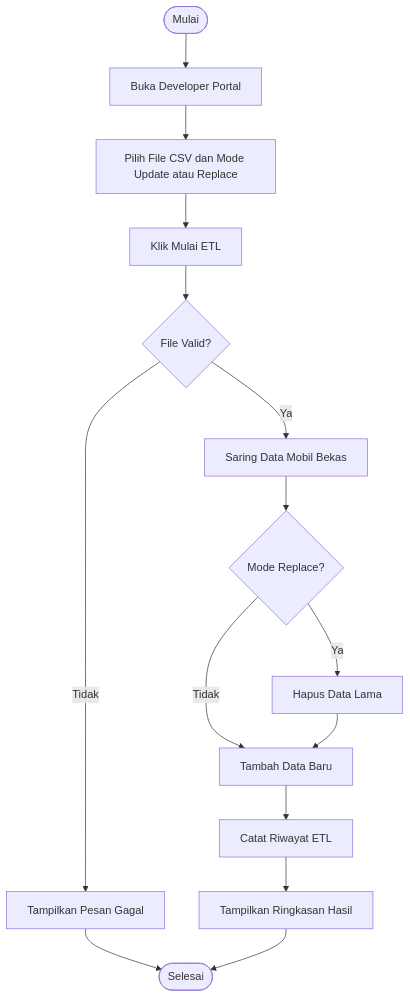
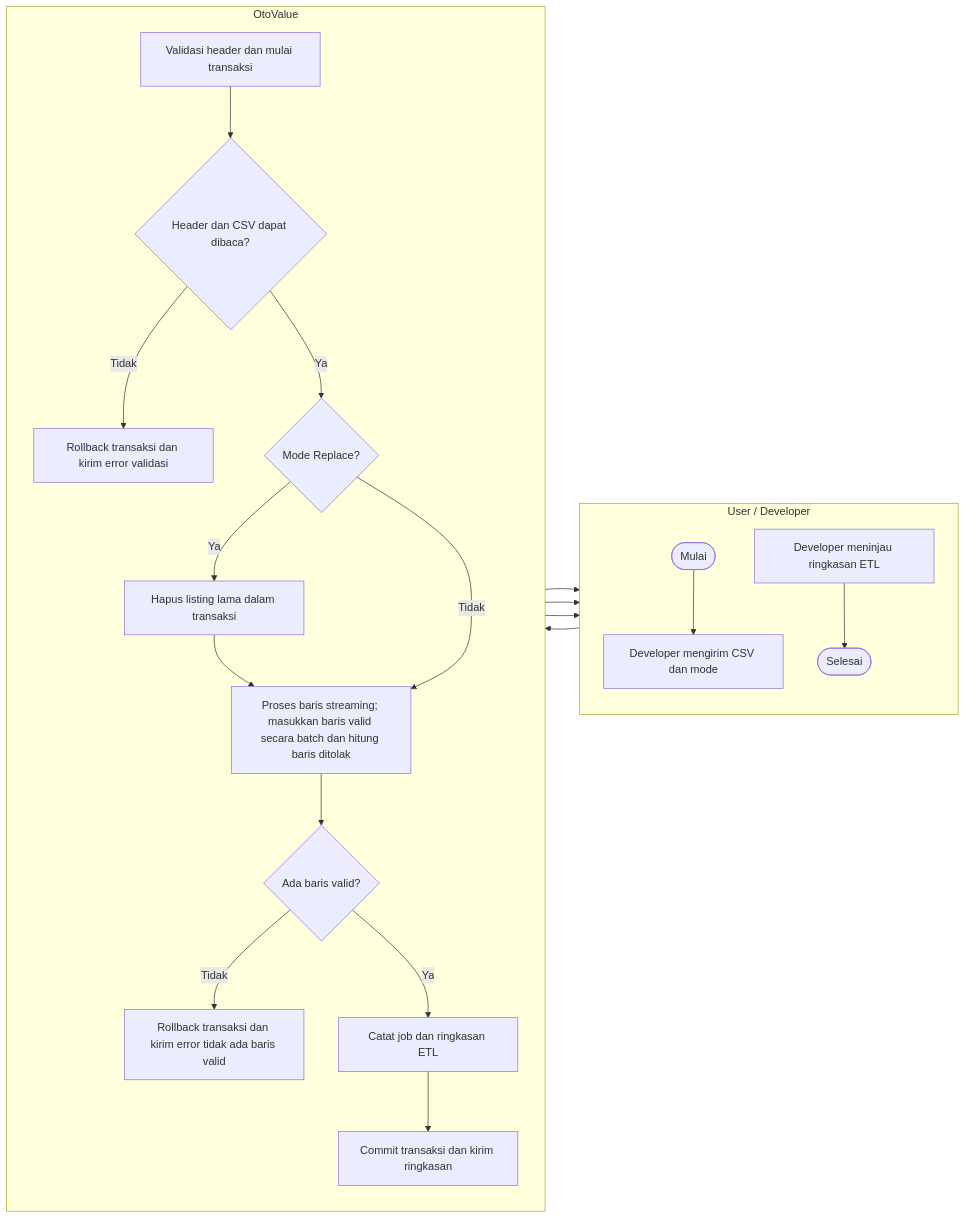
Before and after one commit to RistoKuy/XAI_Car_CP: diagram 15 of 23 in README.md, drawn with Mermaid. The commit also changed other lines of this file and 19 other files, not shown here.

````diff
--- a/README.md
+++ b/README.md
@@ -1002,17 +1158,30 @@
 ```mermaid
-flowchart TD
-    StartDev([Mulai]) --> OpenDev[Buka Developer Portal]
-    OpenDev --> SelectFile[Pilih File CSV dan Mode Update atau Replace]
-    SelectFile --> ClickUpload[Klik Mulai ETL]
-    ClickUpload --> CekFile{File Valid?}
-    CekFile -- Tidak --> GagalUpload[Tampilkan Pesan Gagal]
-    GagalUpload --> EndDev([Selesai])
-    CekFile -- Ya --> SaringData[Saring Data Mobil Bekas]
-    SaringData --> CekMode{Mode Replace?}
-    CekMode -- Ya --> HapusLama[Hapus Data Lama]
-    CekMode -- Tidak --> SimpanData[Tambah Data Baru]
-    HapusLama --> SimpanData
-    SimpanData --> CatatLog[Catat Riwayat ETL]
-    CatatLog --> TampilRingkas[Tampilkan Ringkasan Hasil]
-    TampilRingkas --> EndDev
+flowchart LR
+    subgraph Actor["User / Developer"]
+        direction TB
+        A0([Mulai]) --> A1[Developer mengirim CSV dan mode]
+        A2[Developer meninjau ringkasan ETL]
+        A3([Selesai])
+    end
+    subgraph OtoValue["OtoValue"]
+        direction TB
+        S1[Validasi header dan mulai transaksi]
+        S2{Header dan CSV dapat dibaca?}
+        S3[Rollback transaksi dan kirim error validasi]
+        S4{Mode Replace?}
+        S5[Hapus listing lama dalam transaksi]
+        S6[Proses baris streaming; masukkan baris valid secara batch dan hitung baris ditolak]
+        S7{Ada baris valid?}
+        S8[Rollback transaksi dan kirim error tidak ada baris valid]
+        S9[Catat job dan ringkasan ETL]
+        S10[Commit transaksi dan kirim ringkasan]
+    end
+    A1 --> S1 --> S2
+    S2 -- Tidak --> S3 --> A3
+    S2 -- Ya --> S4
+    S4 -- Ya --> S5 --> S6
+    S4 -- Tidak --> S6
+    S6 --> S7
+    S7 -- Tidak --> S8 --> A3
+    S7 -- Ya --> S9 --> S10 --> A2 --> A3
 ```
````
